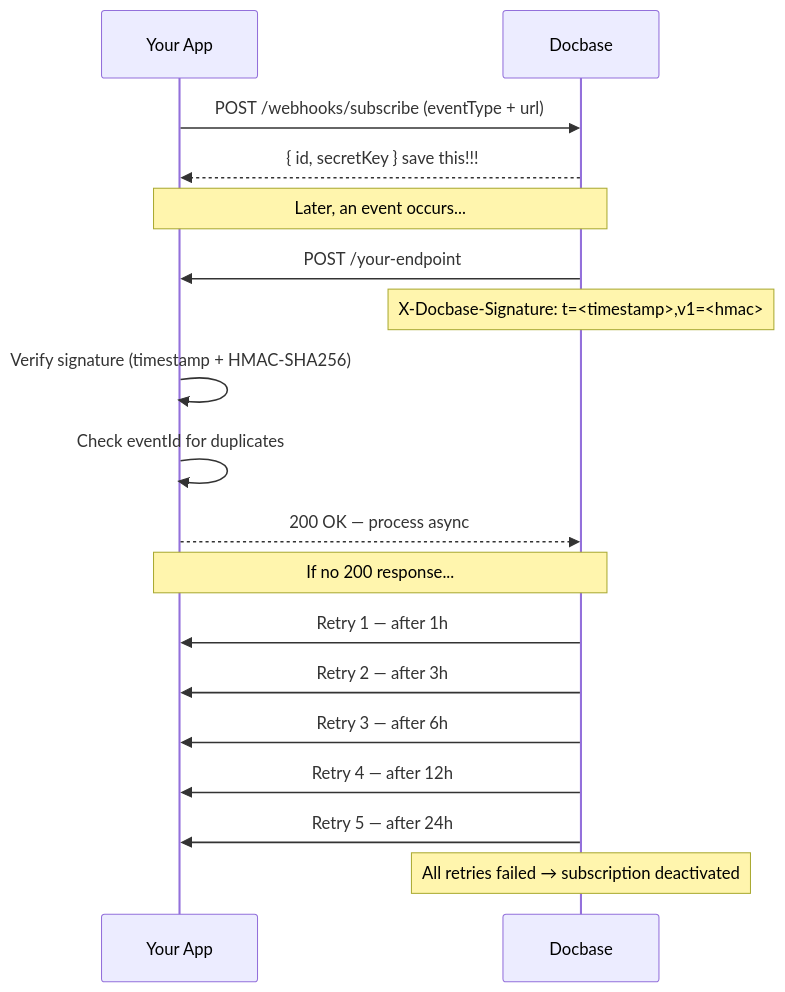
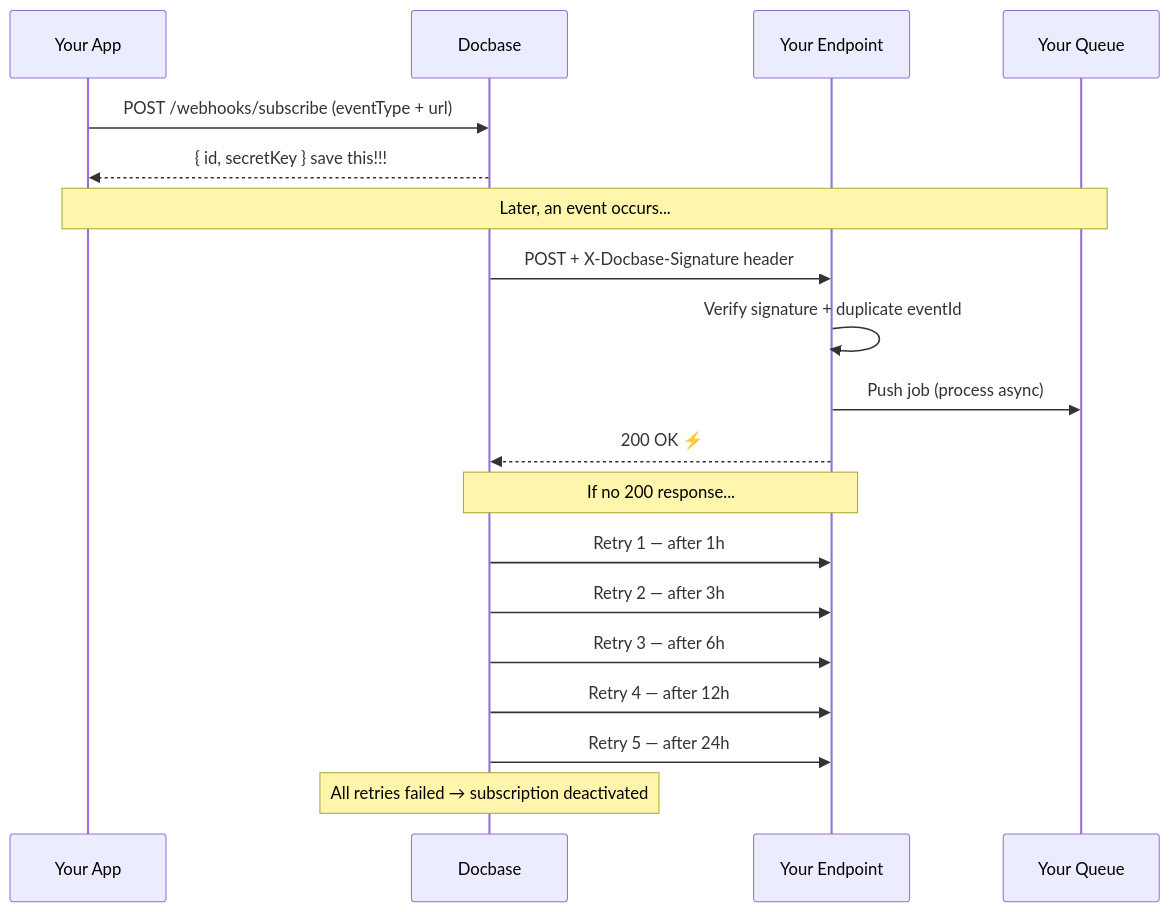
The diagram in overview.mdx (docbase-to/docs), drawn with Mermaid before and after one commit.

Commit message:
Update webhook sequence diagram in overview.mdx

````diff
--- a/overview.mdx
+++ b/overview.mdx
@@ -7,27 +7,27 @@
 ```mermaid
 sequenceDiagram
     participant App as Your App
     participant Docbase
+    participant Endpoint as Your Endpoint
+    participant Queue as Your Queue
 
     App->>Docbase: POST /webhooks/subscribe (eventType + url)
     Docbase-->>App: { id, secretKey } save this!!!
 
-    Note over App,Docbase: Later, an event occurs...
+    Note over App,Queue: Later, an event occurs...
 
-    Docbase->>App: POST /your-endpoint
-    Note over Docbase: X-Docbase-Signature: t=<timestamp>,v1=<hmac>
+    Docbase->>Endpoint: POST + X-Docbase-Signature header
+    Endpoint->>Endpoint: Verify signature + duplicate eventId
+    Endpoint->>Queue: Push job (process async)
+    Endpoint-->>Docbase: 200 OK ⚡
 
-    App->>App: Verify signature (timestamp + HMAC-SHA256)
-    App->>App: Check eventId for duplicates
-    App-->>Docbase: 200 OK — process async
+    Note over Docbase,Endpoint: If no 200 response...
 
-    Note over App,Docbase: If no 200 response...
-
-    Docbase->>App: Retry 1 — after 1h
-    Docbase->>App: Retry 2 — after 3h
-    Docbase->>App: Retry 3 — after 6h
-    Docbase->>App: Retry 4 — after 12h
-    Docbase->>App: Retry 5 — after 24h
+    Docbase->>Endpoint: Retry 1 — after 1h
+    Docbase->>Endpoint: Retry 2 — after 3h
+    Docbase->>Endpoint: Retry 3 — after 6h
+    Docbase->>Endpoint: Retry 4 — after 12h
+    Docbase->>Endpoint: Retry 5 — after 24h
 
     Note over Docbase: All retries failed → subscription deactivated
 ```
````
